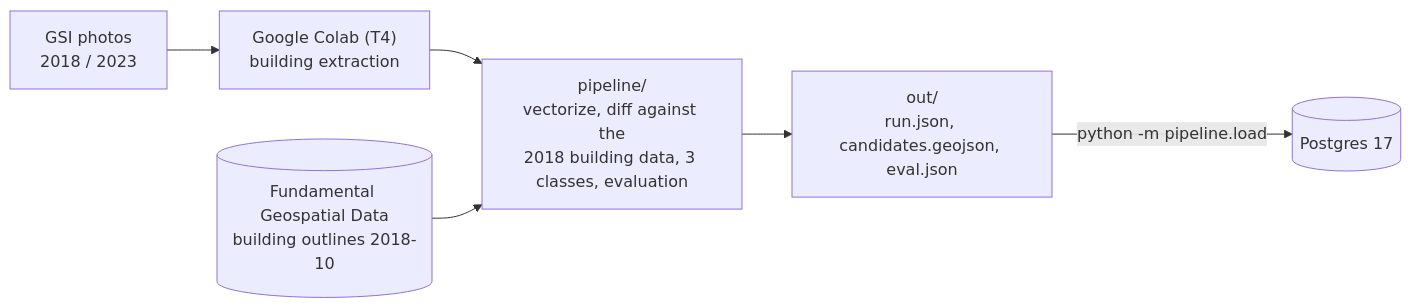
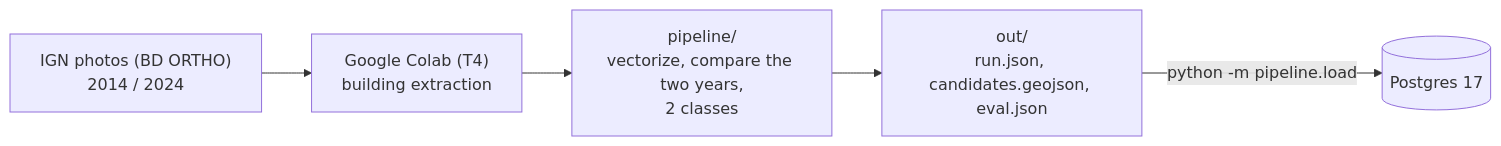
One commit to Starlight-Tree/TownScan changed the second of 2 diagrams in README.md. Above: the diagram before and after it, drawn with Mermaid. The commit also changed other lines of this file and 125 other files, not shown here.

````diff
--- a/README.md
+++ b/README.md
@@ -41,8 +39,7 @@
 ```mermaid
 flowchart LR
-    P["GSI photos<br/>2018 / 2023"] --> C["Google Colab (T4)<br/>building extraction"]
-    C --> PP["pipeline/<br/>vectorize, diff against the<br/>2018 building data, 3 classes, evaluation"]
-    K[("Fundamental Geospatial Data<br/>building outlines 2018-10")] --> PP
+    P["IGN photos (BD ORTHO)<br/>2014 / 2024"] --> C["Google Colab (T4)<br/>building extraction"]
+    C --> PP["pipeline/<br/>vectorize, compare the two years,<br/>2 classes"]
     PP --> O["out/<br/>run.json, candidates.geojson, eval.json"]
     O -->|"python -m pipeline.load"| DB[("Postgres 17")]
 ```
````
